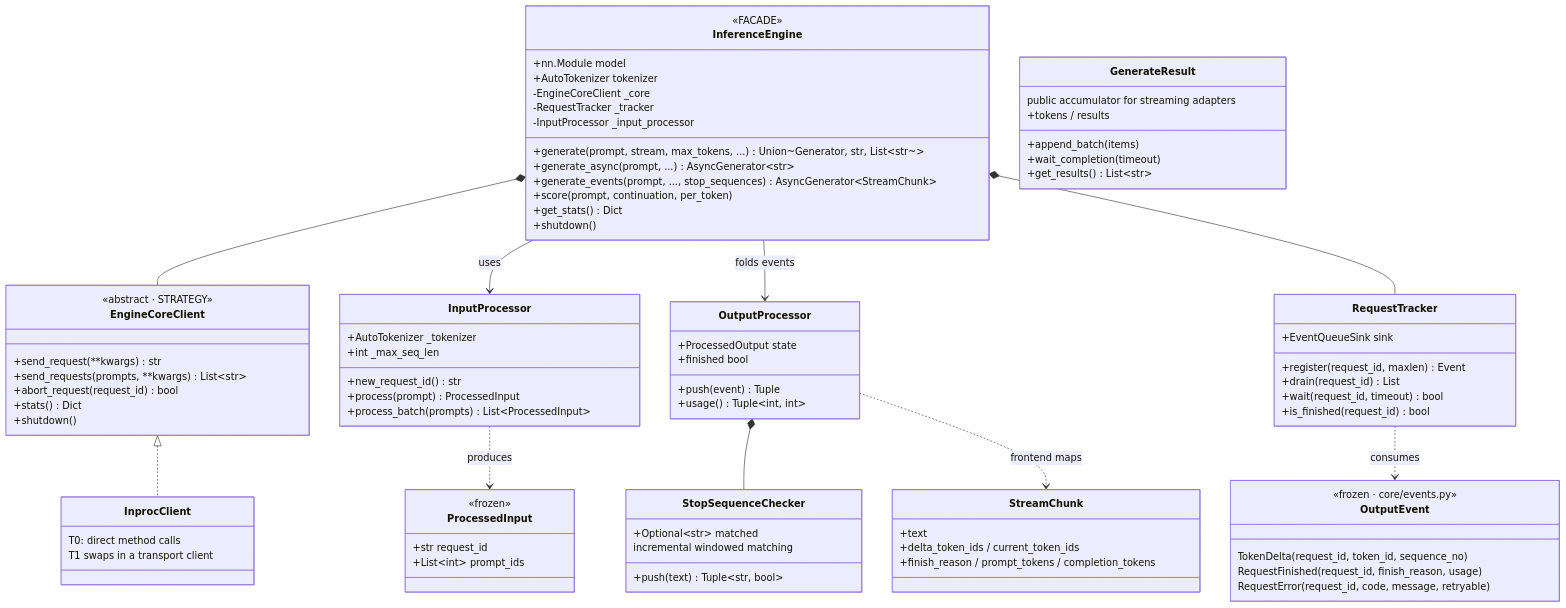
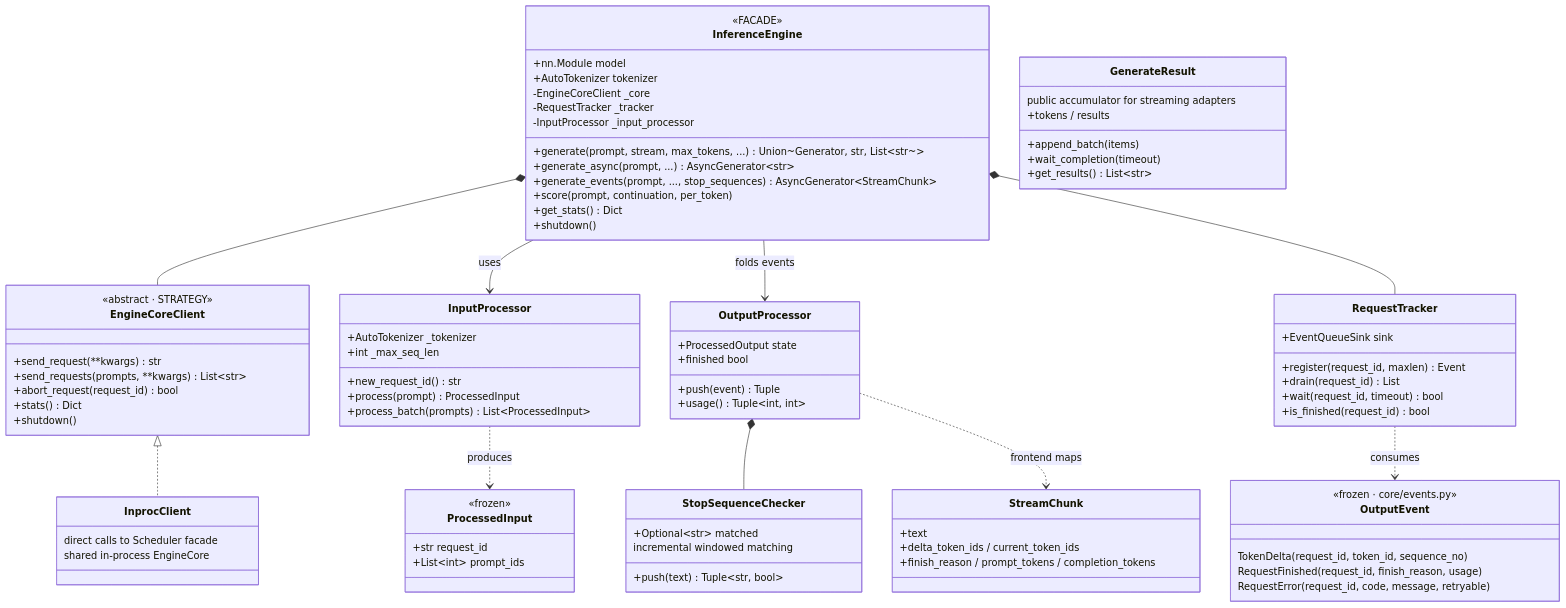
The diagram in docs/developer/inference/frontend.md (0z5a/AstrAI), drawn with Mermaid before and after one commit. The commit also changed other lines of this file and 4 other files, not shown here.

First line of the commit message:
docs: align inference layer docs with the EngineCore refactor

```diff
--- a/docs/developer/inference/frontend.md
+++ b/docs/developer/inference/frontend.md
@@ -36,8 +36,8 @@
         +shutdown()
     }
     class InprocClient {
-        T0: direct method calls
-        T1 swaps in a transport client
+        direct calls to Scheduler facade
+        shared in-process EngineCore
     }
     class InputProcessor {
         +AutoTokenizer _tokenizer
```
